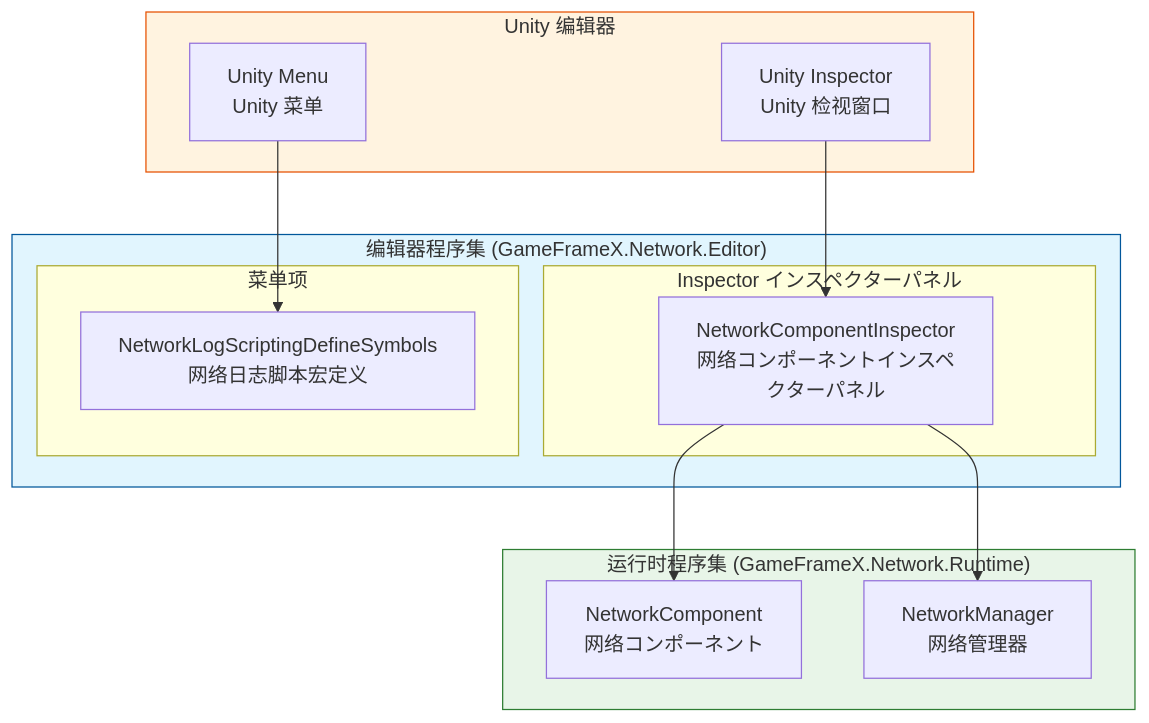
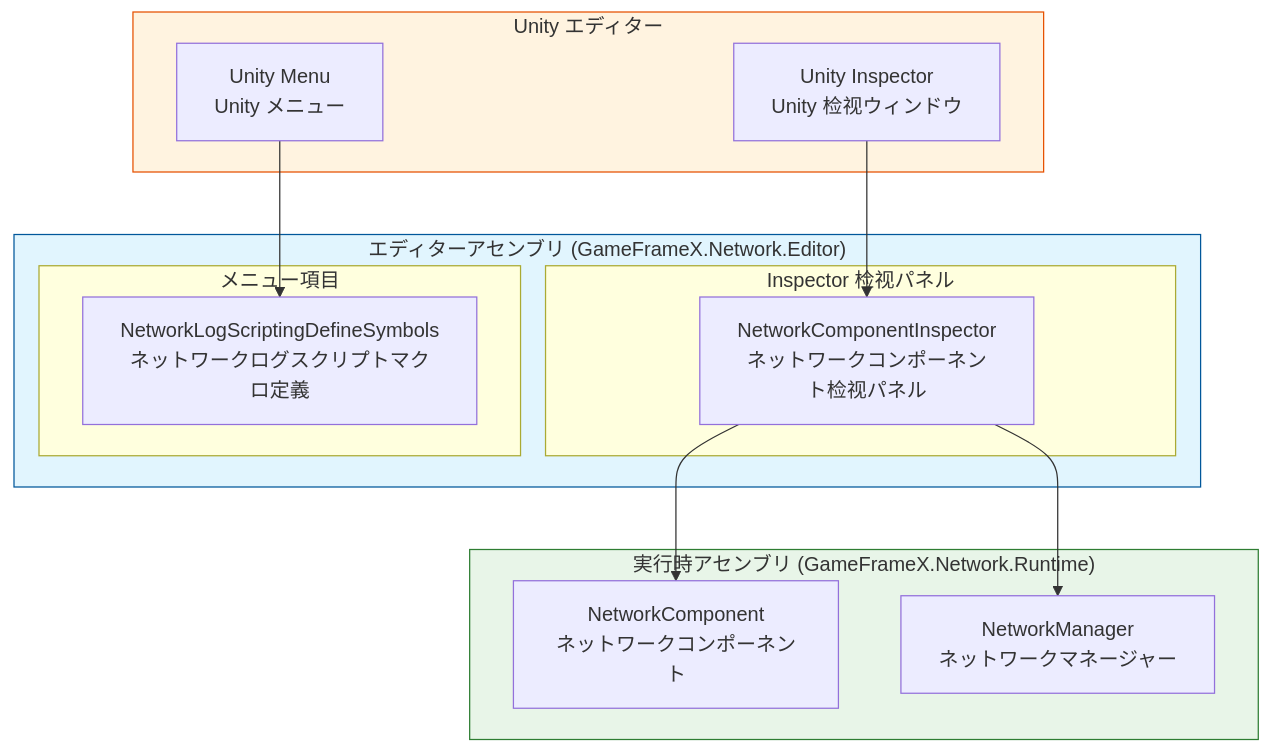
One commit to AlianBlank/GameFrameX.Docs changed the first of 3 diagrams in docs/ja/client/unity/component/network/12.editor-configuration.md. Above: the diagram before and after it, drawn with Mermaid. The commit also changed other lines of this file and 320 other files, not shown here.

````diff
--- a/docs/ja/client/unity/component/network/12.editor-configuration.md
+++ b/docs/ja/client/unity/component/network/12.editor-configuration.md
@@ -18,31 +18,31 @@
 ```mermaid
 graph TD
-    subgraph Editor["编辑器程序集 (GameFrameX.Network.Editor)"]
-        subgraph Inspector["Inspector インスペクターパネル"]
-            NCI[NetworkComponentInspector<br/>网络コンポーネントインスペクターパネル]
+    subgraph Editor["エディターアセンブリ (GameFrameX.Network.Editor)"]
+        subgraph Inspector["Inspector 检视パネル"]
+            NCI[NetworkComponentInspector<br/>ネットワークコンポーネント检视パネル]
         end
         
-        subgraph Menu["菜单项"]
-            NLSDS[NetworkLogScriptingDefineSymbols<br/>网络日志脚本宏定义]
+        subgraph Menu["メニュー項目"]
+            NLSDS[NetworkLogScriptingDefineSymbols<br/>ネットワークログスクリプトマクロ定義]
         end
     end
     
-    subgraph Runtime["运行时程序集 (GameFrameX.Network.Runtime)"]
-        NC[NetworkComponent<br/>网络コンポーネント]
-        NM[NetworkManager<br/>网络管理器]
+    subgraph Runtime["実行時アセンブリ (GameFrameX.Network.Runtime)"]
+        NC[NetworkComponent<br/>ネットワークコンポーネント]
+        NM[NetworkManager<br/>ネットワークマネージャー]
     end
     
-    subgraph Unity["Unity 编辑器"]
-        UE[Unity Inspector<br/>Unity 检视窗口]
-        UM[Unity Menu<br/>Unity 菜单]
+    subgraph Unity["Unity エディター"]
+        UE[Unity Inspector<br/>Unity 检视ウィンドウ]
+        UM[Unity Menu<br/>Unity メニュー]
     end
     
     UE --> NCI
     NCI --> NC
     NCI --> NM
     UM --> NLSDS
     
     style Editor fill:#e1f5fe,stroke:#01579b
     style Runtime fill:#e8f5e8,stroke:#2e7d32
     style Unity fill:#fff3e0,stroke:#e65100
 ```
````
